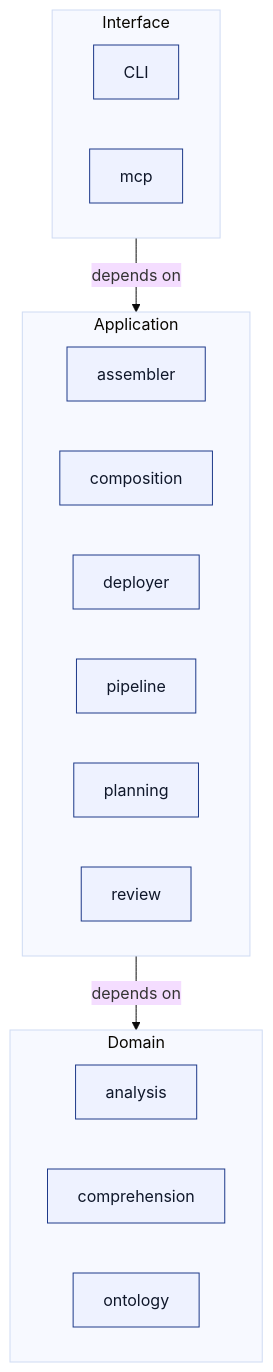
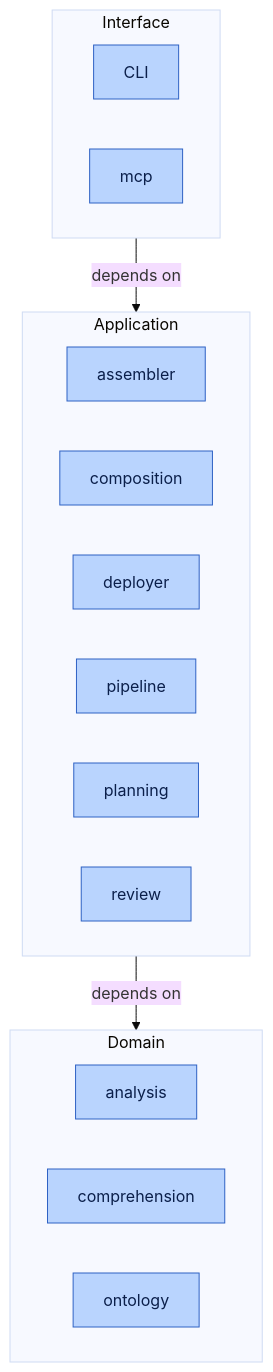
The second of 6 diagrams in docs/component-docuharnessx-3986831c.md (norandom/DocuHarnessX), drawn with Mermaid (base theme) before and after one commit. The commit also changed other lines of this file and 9 other files, not shown here.

First line of the commit message:
fix(comprehension-visuals): mermaid palette that survives dark mode

````diff
--- a/docs/component-docuharnessx-3986831c.md
+++ b/docs/component-docuharnessx-3986831c.md
@@ -57,28 +57,28 @@
 ```mermaid
 flowchart TB
   subgraph b0["Interface"]
     b0m0["CLI"]
     b0m1["mcp"]
   end
   subgraph b1["Application"]
     b1m0["assembler"]
     b1m1["composition"]
     b1m2["deployer"]
     b1m3["pipeline"]
     b1m4["planning"]
     b1m5["review"]
   end
   subgraph b2["Domain"]
     b2m0["analysis"]
     b2m1["comprehension"]
     b2m2["ontology"]
   end
   b0 -->|"depends on"| b1
   b1 -->|"depends on"| b2
   class b0m0,b0m1,b1m0,b1m1,b1m2,b1m3,b1m4,b1m5,b2m0,b2m1,b2m2 container
-  classDef actor fill:#0F172A,stroke:#020617,color:#FFFFFF
-  classDef system fill:#1E3A8A,stroke:#1E3A8A,color:#FFFFFF
-  classDef container fill:#EEF2FF,stroke:#1E3A8A,color:#0F172A
-  classDef external fill:#F8FAFC,stroke:#64748B,color:#0F172A
-  classDef store fill:#E2E8F0,stroke:#334155,color:#0F172A
+  classDef person fill:#E8B923,stroke:#7A5100,color:#1A1300
+  classDef system fill:#3D7AEC,stroke:#1E4BB8,color:#FFFFFF
+  classDef container fill:#B9D4FE,stroke:#2F62C4,color:#0B1F4A
+  classDef external fill:#D5DCE6,stroke:#4A5568,color:#1A202C
+  classDef store fill:#7ED4C0,stroke:#0F766E,color:#042F2E
 ```
````
